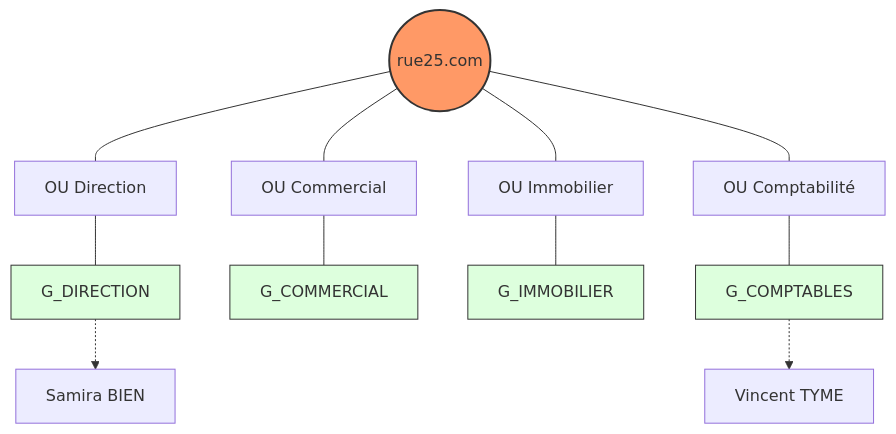
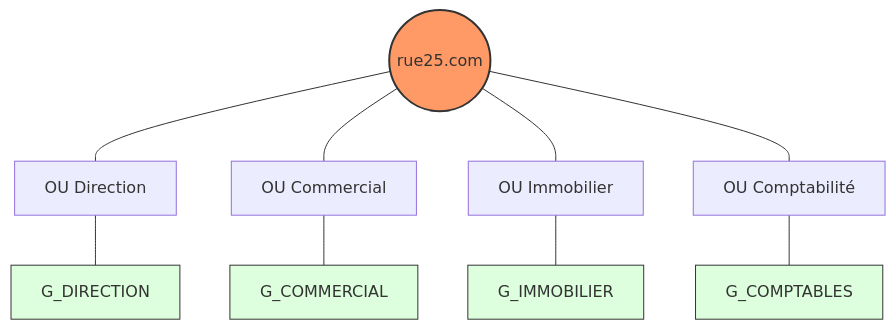
Before and after one commit to Natalshadow/SOHO: the diagram in docs/brief3.md, drawn with Mermaid. The commit also changed other lines of this file, not shown here.

```diff
--- a/docs/brief3.md
+++ b/docs/brief3.md
@@ -13,40 +13,36 @@
 <div class="mermaid">
 graph TD
     %% Le Domaine
     Domaine((rue25.com))
     
     %% Les Unités d'Organisation
     OU_DIR[OU Direction]
     OU_COM[OU Commercial]
     OU_IMM[OU Immobilier]
     OU_CPTA[OU Comptabilité]
 
     %% Les Groupes de sécurité
     G_DIR[G_DIRECTION]
     G_COM[G_COMMERCIAL]
     G_IMM[G_IMMOBILIER]
     G_CPTA[G_COMPTABLES]
 
     %% Liens Domaine -> OU
     Domaine --- OU_DIR
     Domaine --- OU_COM
     Domaine --- OU_IMM
     Domaine --- OU_CPTA
 
     %% Liens OU -> Groupes
     OU_DIR --- G_DIR
     OU_COM --- G_COM
     OU_IMM --- G_IMM
     OU_CPTA --- G_CPTA
 
-    %% Exemple d'utilisateurs (facultatif pour la lisibilité)
-    G_DIR -.-> Samira[Samira BIEN]
-    G_CPTA -.-> Vincent[Vincent TYME]
-
     %% Style pour différencier les types d'objets
     style Domaine fill:#f96,stroke:#333,stroke-width:2px
     style G_DIR fill:#dfd,stroke:#333
     style G_COM fill:#dfd,stroke:#333
     style G_IMM fill:#dfd,stroke:#333
     style G_CPTA fill:#dfd,stroke:#333
 </div>
```
